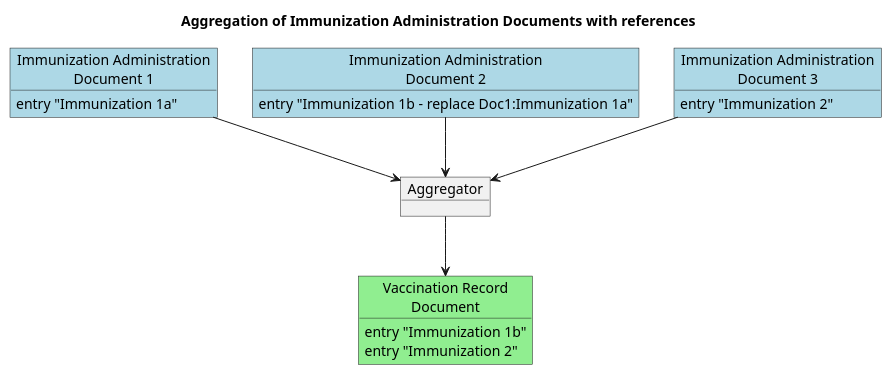
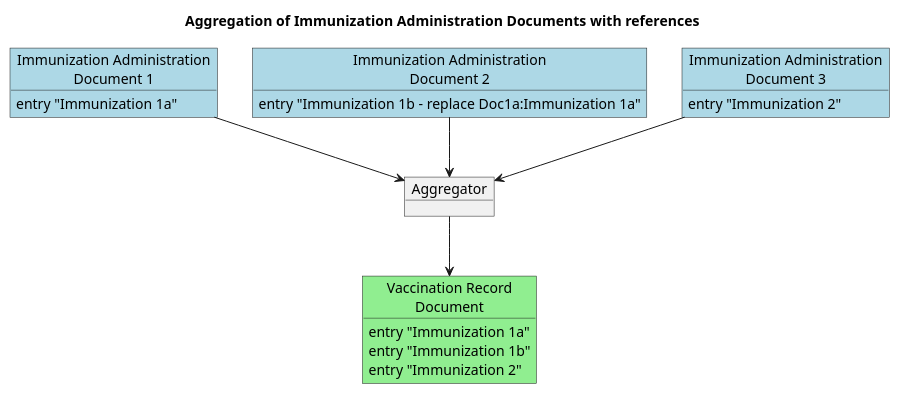
The diagram in input/images-source/immunization-administration-document-aggregation-references.plantuml (hl7ch/ch-vacd), drawn with PlantUML before and after one commit. The commit also changed 2 other files, not shown here.

```diff
--- a/input/images-source/immunization-administration-document-aggregation-references.plantuml
+++ b/input/images-source/immunization-administration-document-aggregation-references.plantuml
@@ -1,28 +1,29 @@
 @startuml
 title Aggregation of Immunization Administration Documents with references
 
 'left to right direction
 
 
-object "Immunization Administration\nDocument 1" as Doc1 #lightblue
-Doc1 : entry "Immunization 1a"
+object "Immunization Administration\nDocument 1" as Doc1a #lightblue
+Doc1a : entry "Immunization 1a"
 
-object "Immunization Administration\nDocument 2" as Doc2 #lightblue
-Doc2 : entry "Immunization 1b - replace Doc1:Immunization 1a"
+object "Immunization Administration\nDocument 2" as Doc2a #lightblue
+Doc2a : entry "Immunization 1b - replace Doc1a:Immunization 1a"
 
-object "Immunization Administration\nDocument 3" as Doc3 #lightblue
-Doc3 : entry "Immunization 2"
+object "Immunization Administration\nDocument 3" as Doc3a #lightblue
+Doc3a : entry "Immunization 2"
 
-object "Aggregator" as AGG
+object "Aggregator" as AGG2 
 
-object "Vaccination Record\nDocument" as RES #lightgreen
-RES : entry "Immunization 1b"
-RES : entry "Immunization 2"
+object "Vaccination Record\nDocument" as RES2 #lightgreen
+RES2 : entry "Immunization 1a"
+RES2 : entry "Immunization 1b"
+RES2 : entry "Immunization 2"
 
 
-Doc1 -down-> AGG
-Doc2 -down-> AGG
-Doc3 -down-> AGG
-AGG -down-> RES
+Doc1a -down-> AGG2
+Doc2a -down-> AGG2
+Doc3a -down-> AGG2
+AGG2 -down-> RES2
 
 @enduml
```
